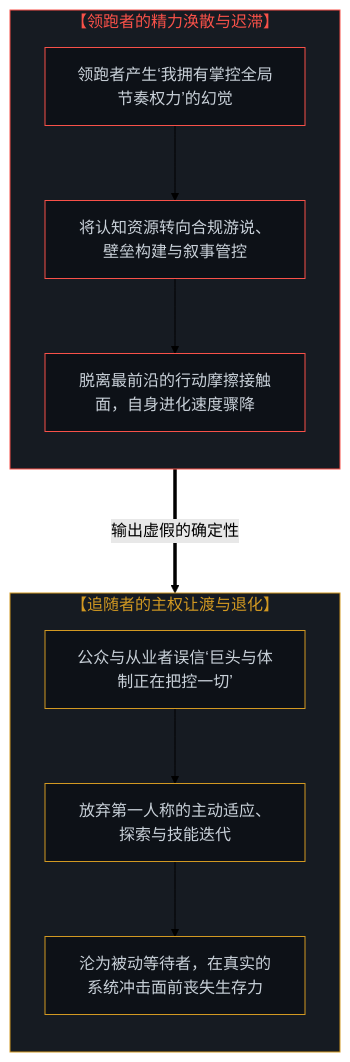
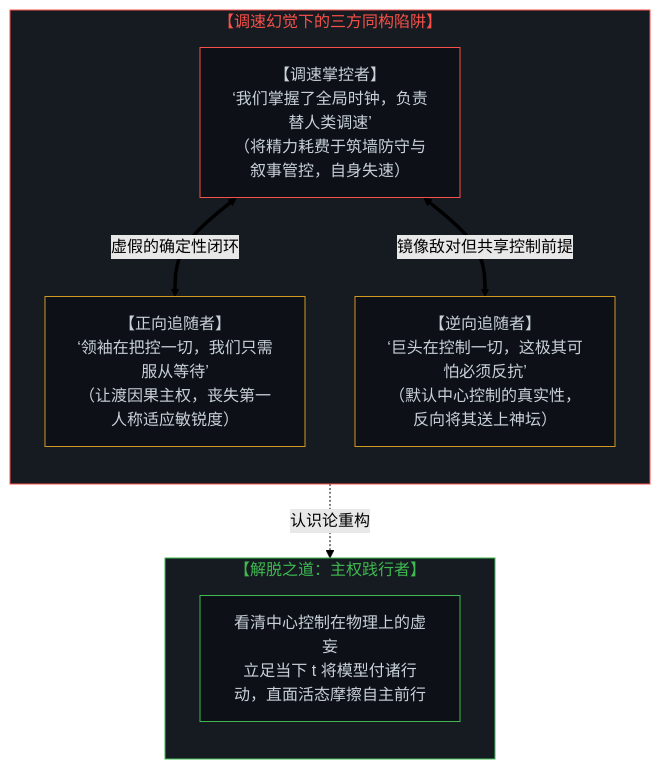
The third of 4 diagrams in content/posts/the-fallacy-of-pacing-and-the-felt-friction-of-ground-truth.md (powerpig99/not-a-toe), drawn with Mermaid (forest theme) before and after one commit. The commit also changed other lines of this file and 5 other files, not shown here.

````diff
--- a/content/posts/the-fallacy-of-pacing-and-the-felt-friction-of-ground-truth.md
+++ b/content/posts/the-fallacy-of-pacing-and-the-felt-friction-of-ground-truth.md
@@ -165,29 +165,25 @@
 ```mermaid
 graph TD
-    subgraph S_Leader_Trap["【领跑者的精力涣散与迟滞】"]
+    subgraph S_Triad["【调速幻觉下的三方同构陷阱】"]
         direction TB
-        L_A1["领跑者产生‘我拥有掌控全局节奏权力’的幻觉"]
-        L_A2["将认知资源转向合规游说、壁垒构建与叙事管控"]
-        L_A3["脱离最前沿的行动摩擦接触面，自身进化速度骤降"]
-        L_A1 --> L_A2 --> L_A3
+        L1["【调速掌控者】<br>‘我们掌握了全局时钟，负责替人类调速’<br>（将精力耗费于筑墙防守与叙事管控，自身失速）"]
+        F1["【正向追随者】<br>‘领袖在把控一切，我们只需服从等待’<br>（让渡因果主权，丧失第一人称适应敏锐度）"]
+        R1["【逆向追随者】<br>‘巨头在控制一切，这极其可怕必须反抗’<br>（默认中心控制的真实性，反向将其送上神坛）"]
+        L1 <==>|"虚假的确定性闭环"| F1
+        L1 <==>|"镜像敌对但共享控制前提"| R1
     end
 
-    subgraph S_Follower_Trap["【追随者的主权让渡与退化】"]
+    subgraph S_Sovereign["【解脱之道：主权践行者】"]
         direction TB
-        F_B1["公众与从业者误信‘巨头与体制正在把控一切’"]
-        F_B2["放弃第一人称的主动适应、探索与技能迭代"]
-        F_B3["沦为被动等待者，在真实的系统冲击面前丧失生存力"]
-        F_B1 --> F_B2 --> F_B3
+        S1["看清中心控制在物理上的虚妄<br>立足当下 t 将模型付诸行动，直面活态摩擦自主前行"]
     end
 
-    L_A2 ===>|"输出虚假的确定性"| F_B1
+    R1 -.->|"认识论重构"| S1
 
-    style S_Leader_Trap fill:#161b22,stroke:#f85149,stroke-width:1px,color:#f85149
-    style S_Follower_Trap fill:#161b22,stroke:#d29922,stroke-width:1px,color:#d29922
-    style L_A1 fill:#0d1117,stroke:#f85149,stroke-width:1px,color:#c9d1d9
-    style L_A2 fill:#0d1117,stroke:#f85149,stroke-width:1px,color:#c9d1d9
-    style L_A3 fill:#0d1117,stroke:#f85149,stroke-width:1px,color:#c9d1d9
-    style F_B1 fill:#0d1117,stroke:#d29922,stroke-width:1px,color:#c9d1d9
-    style F_B2 fill:#0d1117,stroke:#d29922,stroke-width:1px,color:#c9d1d9
-    style F_B3 fill:#0d1117,stroke:#d29922,stroke-width:1px,color:#c9d1d9
+    style S_Triad fill:#161b22,stroke:#f85149,stroke-width:1px,color:#f85149
+    style S_Sovereign fill:#161b22,stroke:#3fb950,stroke-width:1px,color:#3fb950
+    style L1 fill:#0d1117,stroke:#f85149,stroke-width:1px,color:#c9d1d9
+    style F1 fill:#0d1117,stroke:#d29922,stroke-width:1px,color:#c9d1d9
+    style R1 fill:#0d1117,stroke:#d29922,stroke-width:1px,color:#c9d1d9
+    style S1 fill:#0d1117,stroke:#3fb950,stroke-width:1px,color:#c9d1d9
 ```
````
